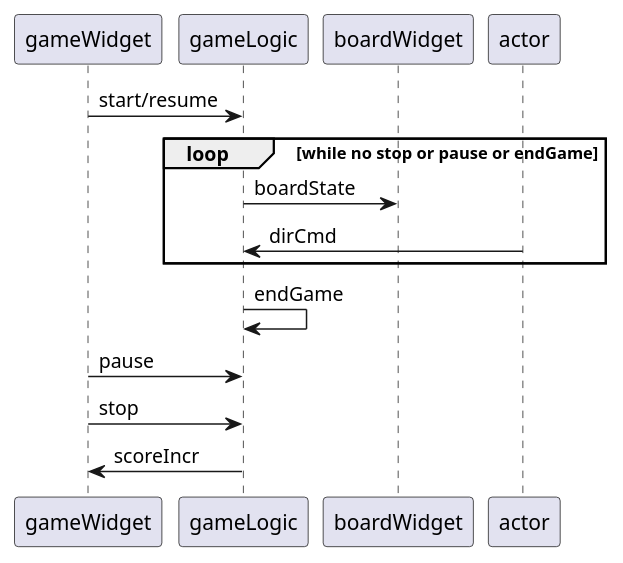
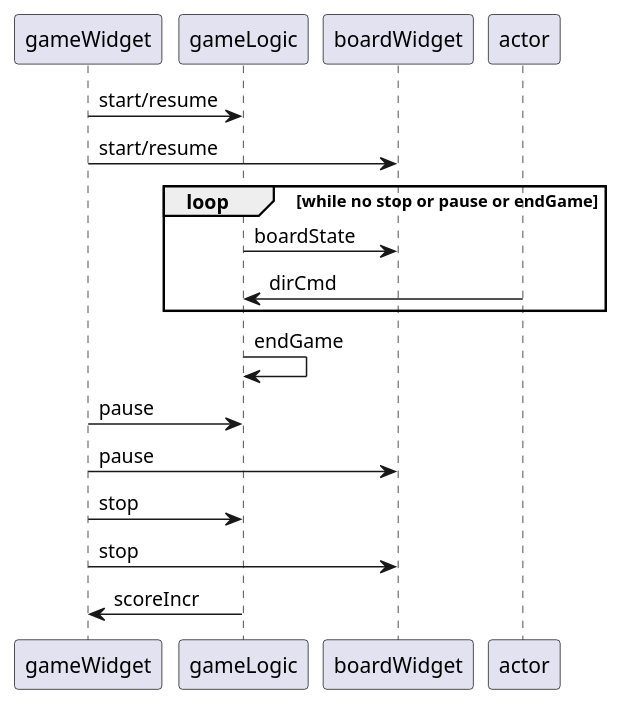
Before and after one commit to VaelK/snake: the first of 4 diagrams in doc/sequence_diag.puml, drawn with PlantUML. The commit also changed other lines of this file and 2 other files, not shown here.

Commit message:
Feat - document added: sequence and class diagram

```diff
--- a/doc/sequence_diag.puml
+++ b/doc/sequence_diag.puml
@@ -1,11 +1,14 @@
 @startuml
 gameWidget -> gameLogic : start/resume
+gameWidget -> boardWidget : start/resume
 loop while no stop or pause or endGame
 gameLogic -> boardWidget : boardState
 actor -> gameLogic : dirCmd
 end
 gameLogic -> gameLogic : endGame
 gameWidget -> gameLogic :pause
+gameWidget -> boardWidget :pause
 gameWidget -> gameLogic :stop
+gameWidget -> boardWidget :stop
 gameLogic -> gameWidget :scoreIncr
 @enduml
```
